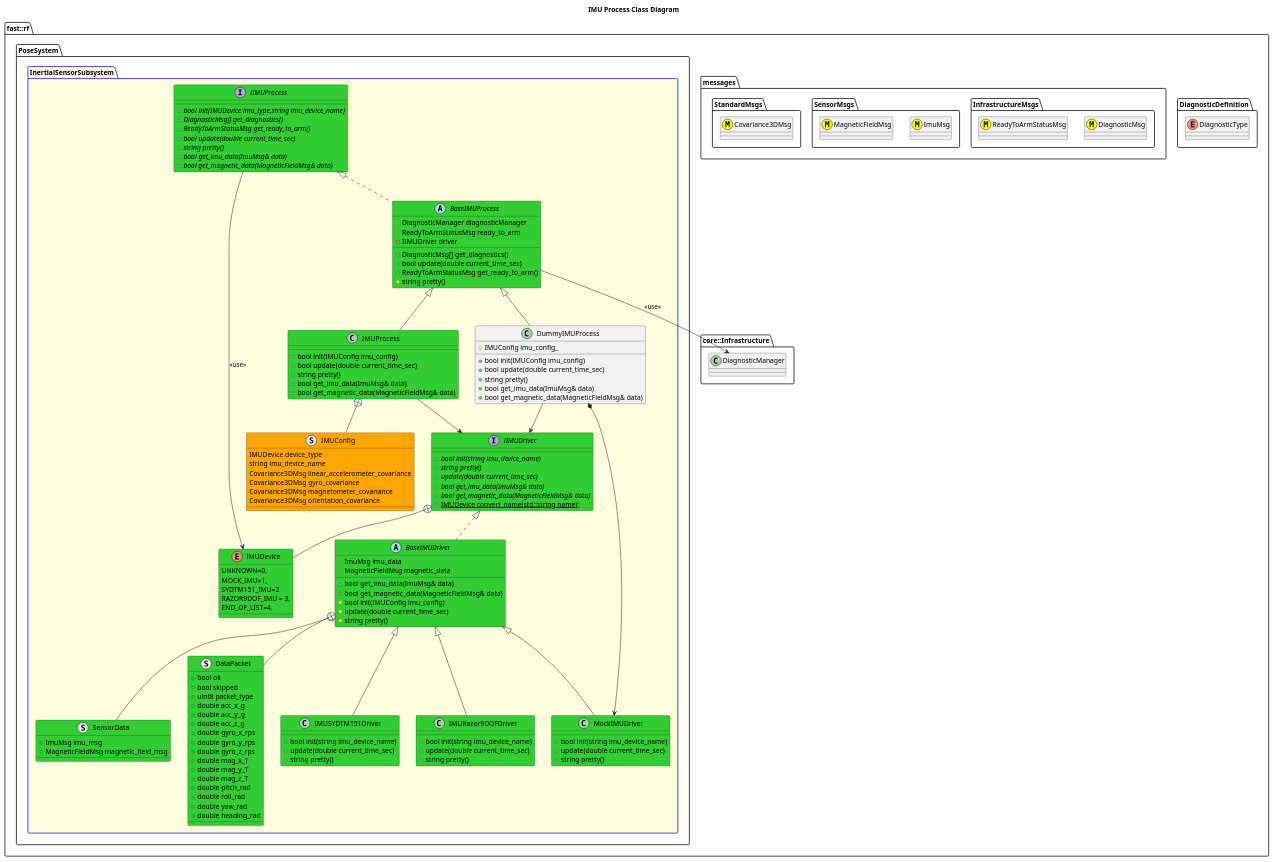
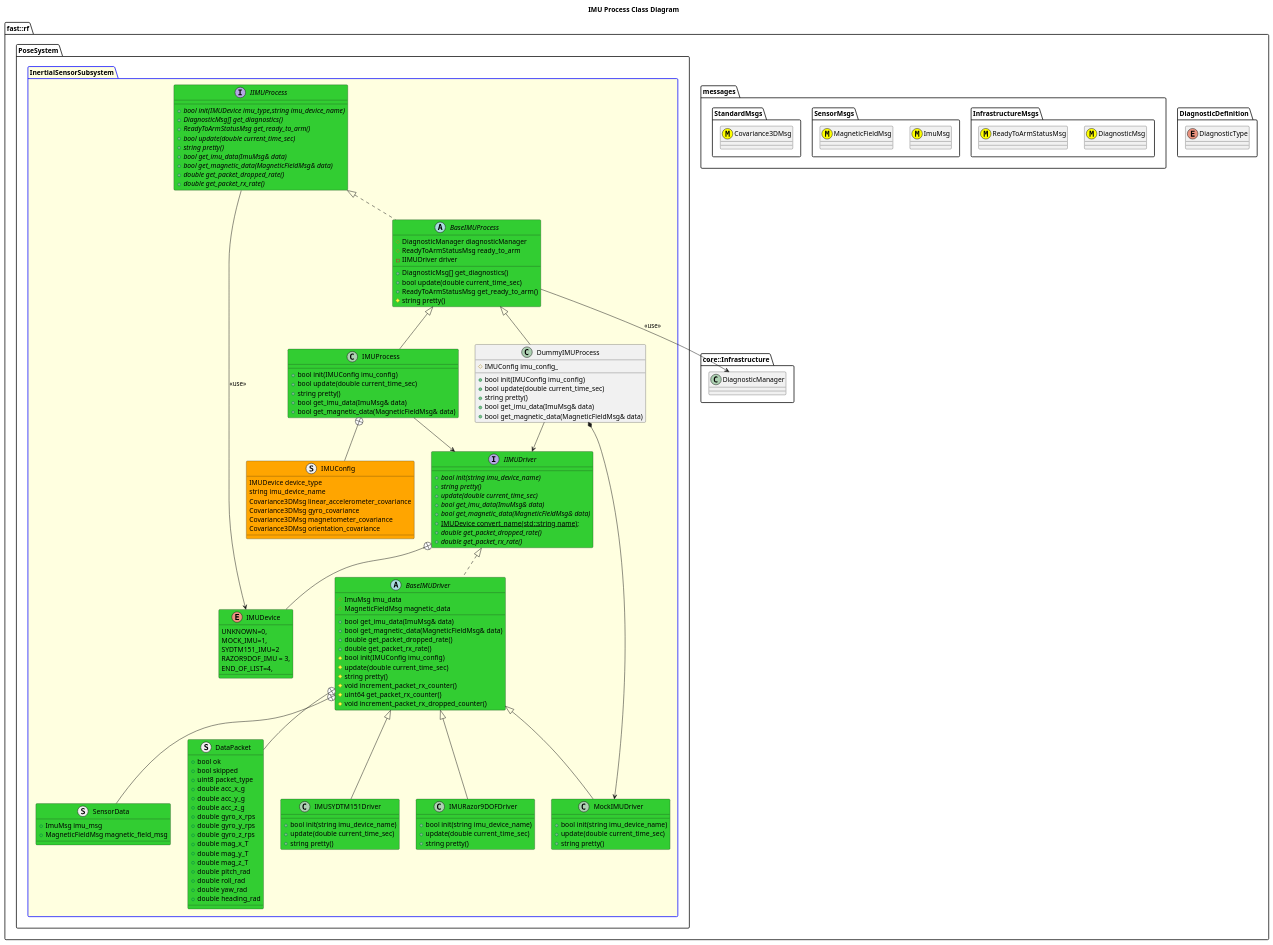
Before and after one commit to fastrobotics/robot_framework: the diagram in Systems/Pose/Subsystems/InertialSensor/Processes/IMU/doc/puml/IMUProcessClassDiagram.puml, drawn with PlantUML. The commit also changed 1 other file, not shown here.

```diff
--- a/Systems/Pose/Subsystems/InertialSensor/Processes/IMU/doc/puml/IMUProcessClassDiagram.puml
+++ b/Systems/Pose/Subsystems/InertialSensor/Processes/IMU/doc/puml/IMUProcessClassDiagram.puml
@@ -1,154 +1,163 @@
 @startuml
 title IMU Process Class Diagram
 
 namespace fast::rf {
   namespace DiagnosticDefinition {
     enum DiagnosticType
   }
   namespace messages {
     namespace InfrastructureMsgs {
       class DiagnosticMsg <<(M,#FFFF00)>>
       class ReadyToArmStatusMsg <<(M,#FFFF00)>>
     }
     namespace SensorMsgs {
       class ImuMsg <<(M,#FFFF00)>>
       class MagneticFieldMsg <<(M,#FFFF00)>>
     }
     namespace StandardMsgs {
       class Covariance3DMsg <<(M,#FFFF00)>>
     }
   }
   namespace core::Infrastructure {
     class DiagnosticManager
   }
   namespace PoseSystem {
     package InertialSensorSubsystem #LightYellow;line:blue {
         interface IIMUProcess #LimeGreen {
           +{abstract} bool init(IMUDevice imu_type,string imu_device_name)
           +{abstract} DiagnosticMsg[] get_diagnostics()
           +{abstract} ReadyToArmStatusMsg get_ready_to_arm()
           +{abstract} bool update(double current_time_sec)
           +{abstract} string pretty()
           +{abstract} bool get_imu_data(ImuMsg& data)
           +{abstract} bool get_magnetic_data(MagneticFieldMsg& data)
+          +{abstract} double get_packet_dropped_rate()
+          +{abstract} double get_packet_rx_rate()
         }
         IIMUProcess --> IMUDevice: <<use>>
         
         abstract BaseIMUProcess #LimeGreen {
           +DiagnosticMsg[] get_diagnostics()
           +bool update(double current_time_sec)
           +ReadyToArmStatusMsg get_ready_to_arm()
           #string pretty()
           #DiagnosticManager diagnosticManager
           #ReadyToArmStatusMsg ready_to_arm
           -IIMUDriver driver
 
         }
         BaseIMUProcess .up.|> IIMUProcess
         BaseIMUProcess --> DiagnosticManager: <<use>>
 
         enum IMUDevice #LimeGreen {
           UNKNOWN=0,
           MOCK_IMU=1,
           SYDTM151_IMU=2
           RAZOR9DOF_IMU = 3,
           END_OF_LIST=4,
         }
         interface IIMUDriver #LimeGreen {
           +{abstract} bool init(string imu_device_name)
           +{abstract} string pretty()
           +{abstract} update(double current_time_sec)
           +{abstract}  bool get_imu_data(ImuMsg& data)
           +{abstract} bool get_magnetic_data(MagneticFieldMsg& data)
           +{static} IMUDevice convert_name(std::string name);
+          +{abstract} double get_packet_dropped_rate()
+          +{abstract} double get_packet_rx_rate()
         }
         IIMUDriver +-- IMUDevice
         struct SensorData #LimeGreen {
           +ImuMsg imu_msg
           +MagneticFieldMsg magnetic_field_msg
         }
         struct DataPacket #LimeGreen {
             +bool ok
             +bool skipped
             +uint8 packet_type
             +double acc_x_g
             +double acc_y_g
             +double acc_z_g
             +double gyro_x_rps
             +double gyro_y_rps
             +double gyro_z_rps
             +double mag_x_T
             +double mag_y_T
             +double mag_z_T
             +double pitch_rad
             +double roll_rad
             +double yaw_rad
             +double heading_rad
         }
         abstract BaseIMUDriver #LimeGreen {
           +bool get_imu_data(ImuMsg& data)
           +bool get_magnetic_data(MagneticFieldMsg& data)
+          +double get_packet_dropped_rate()
+          +double get_packet_rx_rate()
           #bool init(IMUConfig imu_config)
           #update(double current_time_sec)
           #string pretty()
+          #void increment_packet_rx_counter()
+          #uint64 get_packet_rx_counter()
+          #void increment_packet_rx_dropped_counter()
           #ImuMsg imu_data
           #MagneticFieldMsg magnetic_data
         }
         BaseIMUDriver .up.|> IIMUDriver
         BaseIMUDriver +-- SensorData
         BaseIMUDriver +-- DataPacket
 
         class MockIMUDriver #LimeGreen {
            +bool init(string imu_device_name)
            +update(double current_time_sec)
            +string pretty()
            
         }
         MockIMUDriver -up-|> BaseIMUDriver
 
         class IMUSYDTM151Driver #LimeGreen {
            +bool init(string imu_device_name)
            +update(double current_time_sec)
            +string pretty()
         }
         IMUSYDTM151Driver -up-|> BaseIMUDriver
         class IMURazor9DOFDriver #LimeGreen {
            +bool init(string imu_device_name)
            +update(double current_time_sec)
            +string pretty()
         }
         IMURazor9DOFDriver -up-|> BaseIMUDriver
         class IMUProcess #LimeGreen {
           +bool init(IMUConfig imu_config)
           +bool update(double current_time_sec)
           +string pretty()
           +bool get_imu_data(ImuMsg& data)
           +bool get_magnetic_data(MagneticFieldMsg& data)
           
         }
         struct IMUConfig #Orange {
           IMUDevice device_type
           string imu_device_name
           Covariance3DMsg linear_accelerometer_covariance
           Covariance3DMsg gyro_covariance
           Covariance3DMsg magnetometer_covariance
           Covariance3DMsg orientation_covariance
         }
         IMUProcess +-- IMUConfig
         IMUProcess -up-|> BaseIMUProcess
         IMUProcess --> IIMUDriver
         class DummyIMUProcess {
           +bool init(IMUConfig imu_config)
           +bool update(double current_time_sec)
           +string pretty()
           +bool get_imu_data(ImuMsg& data)
           +bool get_magnetic_data(MagneticFieldMsg& data)
           #IMUConfig imu_config_
         }
         DummyIMUProcess -up-|> BaseIMUProcess
         DummyIMUProcess --> IIMUDriver
         DummyIMUProcess *-> MockIMUDriver
     }
   }
 }
 @enduml
```
